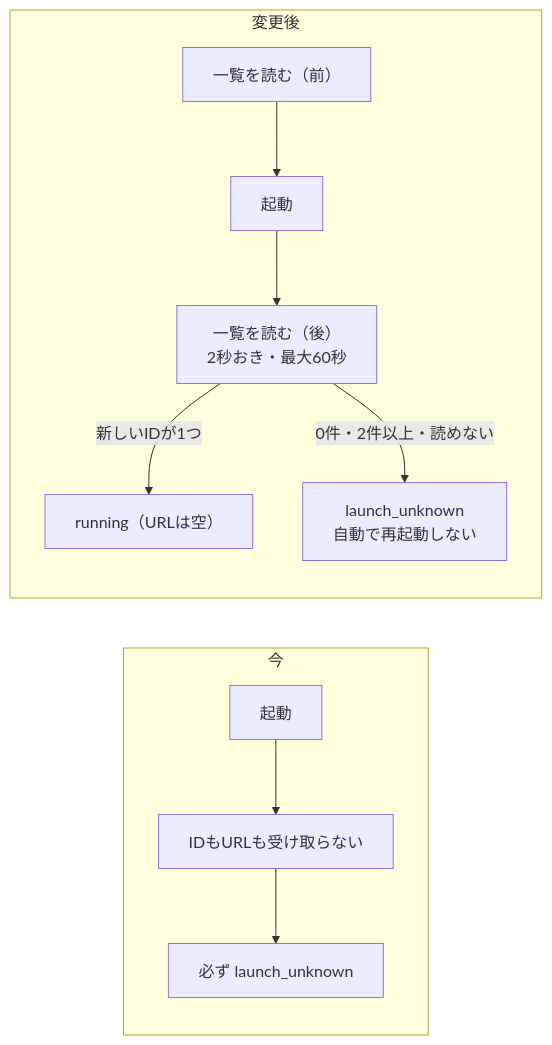
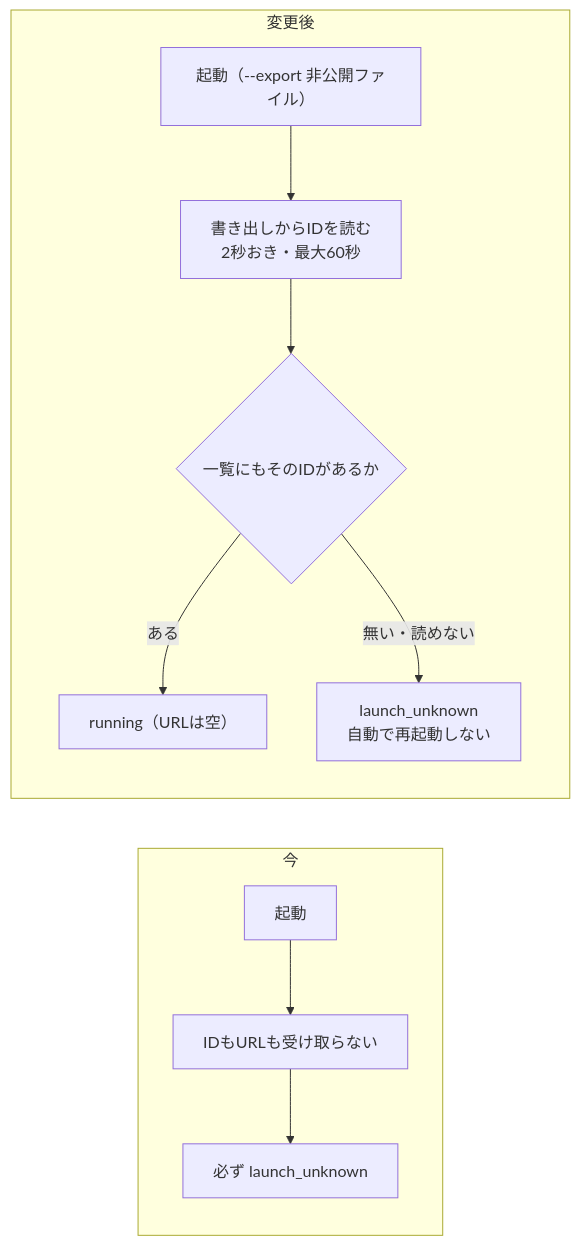
One commit to oze-xxbumpxx/Tomotabi changed the first of 2 diagrams in docs/designs/devin-local-session.md. Above: the diagram before and after it, drawn with Mermaid. The commit also changed other lines of this file and 1 other file, not shown here.

First line of the commit message:
docs: 手元のセッションのIDを、起動ごとの書き出し（--export）で確定する設計に直す

````diff
--- a/docs/designs/devin-local-session.md
+++ b/docs/designs/devin-local-session.md
@@ -11,11 +11,12 @@
 ```mermaid
 flowchart LR
   subgraph 今
     a1["起動"] --> b1["IDもURLも受け取らない"] --> c1["必ず launch_unknown"]
   end
   subgraph 変更後
-    a2["一覧を読む（前）"] --> s2["起動"] --> l2["一覧を読む（後）<br/>2秒おき・最大60秒"]
-    l2 -->|"新しいIDが1つ"| r2["running（URLは空）"]
-    l2 -->|"0件・2件以上・読めない"| u2["launch_unknown<br/>自動で再起動しない"]
+    s2["起動（--export 非公開ファイル）"] --> l2["書き出しからIDを読む<br/>2秒おき・最大60秒"]
+    l2 --> x2{"一覧にもそのIDがあるか"}
+    x2 -->|"ある"| r2["running（URLは空）"]
+    x2 -->|"無い・読めない"| u2["launch_unknown<br/>自動で再起動しない"]
   end
 ```
````
